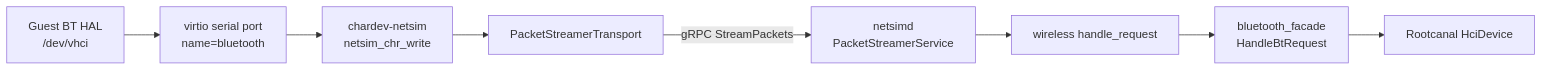
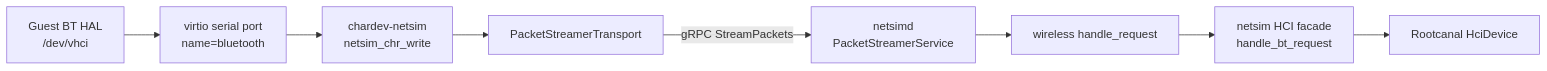
The third of 6 diagrams in 19-bluetooth.md (aospbooks/android-emulator-internal-book), drawn with Mermaid before and after one commit. The commit also changed other lines of this file and 21 other files, not shown here.

First line of the commit message:
Review pass: verify accuracy, fix mermaid parse error, converge chapters

````diff
--- a/19-bluetooth.md
+++ b/19-bluetooth.md
@@ -209,10 +209,10 @@
 ```mermaid
 flowchart LR
     HAL["Guest BT HAL<br/>/dev/vhci"] --> VSP["virtio serial port<br/>name=bluetooth"]
     VSP --> CHR["chardev-netsim<br/>netsim_chr_write"]
     CHR --> PST["PacketStreamerTransport"]
     PST -->|"gRPC StreamPackets"| ND["netsimd<br/>PacketStreamerService"]
     ND --> WC["wireless handle_request"]
-    WC --> FAC["bluetooth_facade<br/>HandleBtRequest"]
+    WC --> FAC["netsim HCI facade<br/>handle_bt_request"]
     FAC --> RC["Rootcanal HciDevice"]
 ```
````
